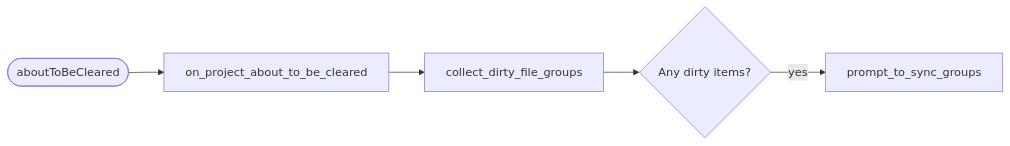
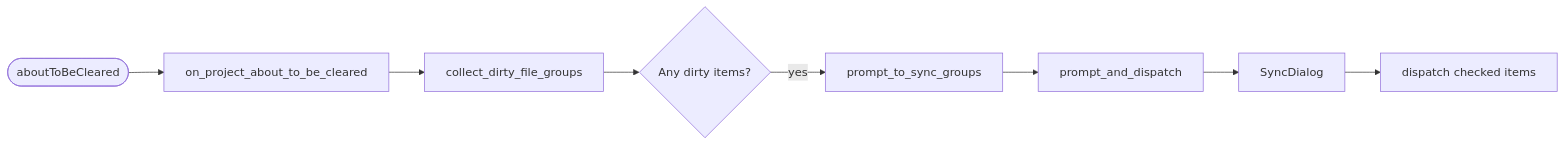
The third of 5 diagrams in doc/dirty_tracking.md (nens/rana-qgis-plugin), drawn with Mermaid before and after one commit. The commit also changed other lines of this file and 16 other files, not shown here.

````diff
--- a/doc/dirty_tracking.md
+++ b/doc/dirty_tracking.md
@@ -217,7 +222,10 @@
 ```mermaid
 flowchart LR
     aboutToBeCleared([aboutToBeCleared]) --> on_project_about_to_be_cleared
     on_project_about_to_be_cleared --> collect_dirty_file_groups
     collect_dirty_file_groups --> dirty{Any dirty items?}
     dirty -- yes --> prompt_to_sync_groups
+    prompt_to_sync_groups --> prompt_and_dispatch
+    prompt_and_dispatch --> dialog[SyncDialog]
+    dialog --> checked[dispatch checked items]
 ```
````
